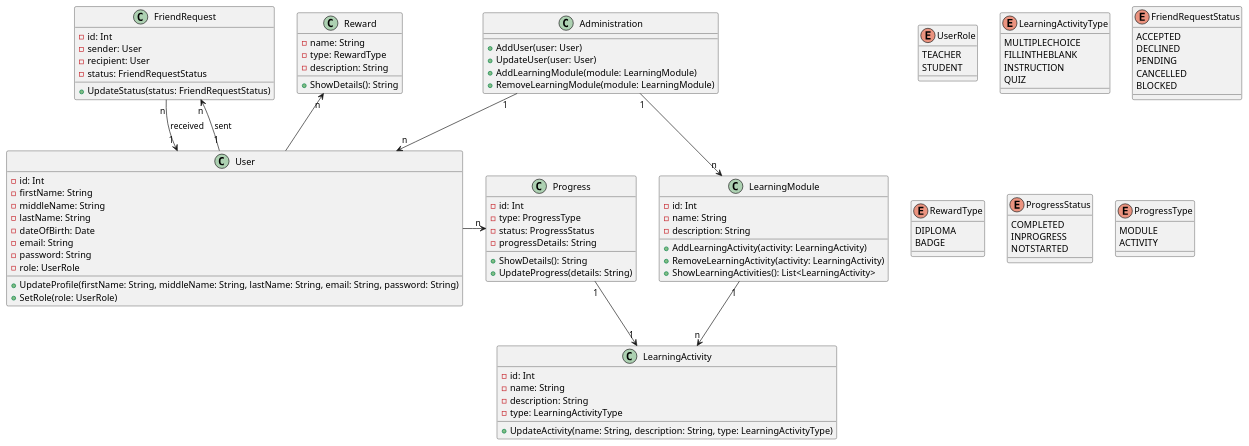
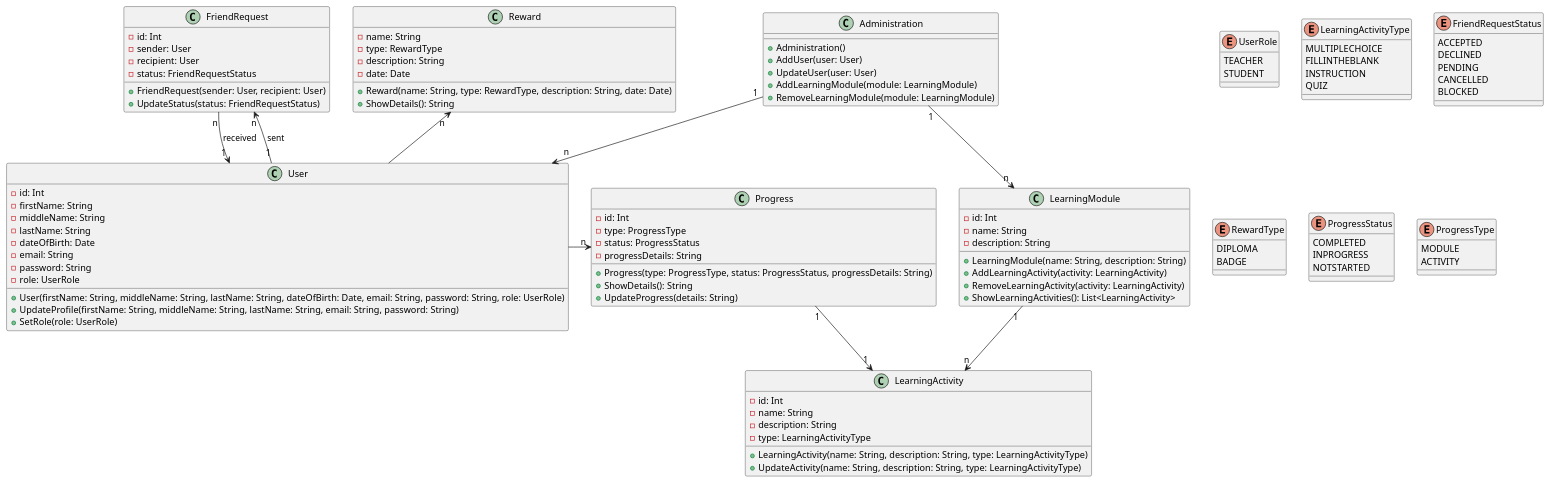
The diagram in doc/classdiagram.puml (janvanhest/ap2-cmk), drawn with PlantUML before and after one commit.

Commit message:
Added constructors to classes

```diff
--- a/doc/classdiagram.puml
+++ b/doc/classdiagram.puml
@@ -1,116 +1,124 @@
 @startuml
 
 enum UserRole {
     TEACHER
     STUDENT
 
 }
 enum LearningActivityType {
     MULTIPLECHOICE
     FILLINTHEBLANK
     INSTRUCTION
     QUIZ
 }
 
 enum FriendRequestStatus {
     ACCEPTED
     DECLINED
     PENDING
     CANCELLED
     BLOCKED
 }
 
 enum RewardType {
     DIPLOMA
     BADGE
 }
 
 enum ProgressStatus {
     COMPLETED
     INPROGRESS
     NOTSTARTED
 }
 
 enum ProgressType {
     MODULE
     ACTIVITY
 }
 
 class Administration {
+    + Administration()
     + AddUser(user: User)
     + UpdateUser(user: User)
     + AddLearningModule(module: LearningModule)
     + RemoveLearningModule(module: LearningModule)
 }
 
 class LearningModule {
     -id: Int
     -name: String
     -description: String
+    +LearningModule(name: String, description: String)
     +AddLearningActivity(activity: LearningActivity)
     +RemoveLearningActivity(activity: LearningActivity)
     +ShowLearningActivities(): List<LearningActivity>
 }
 
 
 class LearningActivity {
     -id: Int
     -name: String
     -description: String
     -type: LearningActivityType
+    +LearningActivity(name: String, description: String, type: LearningActivityType)
     +UpdateActivity(name: String, description: String, type: LearningActivityType)
 }
 
 
 class User {
     -id: Int
     -firstName: String
     -middleName: String
     -lastName: String
     -dateOfBirth: Date
     -email: String
     -password: String
     -role: UserRole
+    +User(firstName: String, middleName: String, lastName: String, dateOfBirth: Date, email: String, password: String, role: UserRole)
     +UpdateProfile(firstName: String, middleName: String, lastName: String, email: String, password: String)
     +SetRole(role: UserRole)
 }
 
 class Reward {
     -name: String
     -type: RewardType
     -description: String
+    -date: Date
+    +Reward(name: String, type: RewardType, description: String, date: Date)
     +ShowDetails(): String
 }
 
 class FriendRequest {
     - id: Int
     - sender: User
     - recipient: User
     - status: FriendRequestStatus
-    + UpdateStatus(status: FriendRequestStatus)
+    +FriendRequest(sender: User, recipient: User)
+    +UpdateStatus(status: FriendRequestStatus)
 }
 
 class Progress {
     -id: Int
     -type: ProgressType
     -status: ProgressStatus
     -progressDetails: String
+    +Progress(type: ProgressType, status: ProgressStatus, progressDetails: String)
     +ShowDetails(): String
     +UpdateProgress(details: String)
 }
 
 Administration "1" -right-> "n" User
 Administration "1" -down-> "n" LearningModule
 
 User -up-> "n" Reward
 User -right-> "n" Progress
 
 User "1" -up-> "n" FriendRequest : sent
 User "1" <-up- "n" FriendRequest : received
 
 Progress "1" -down-> "1" LearningActivity
 
 LearningModule "1" --> "n" LearningActivity
 
 
 @enduml
```
